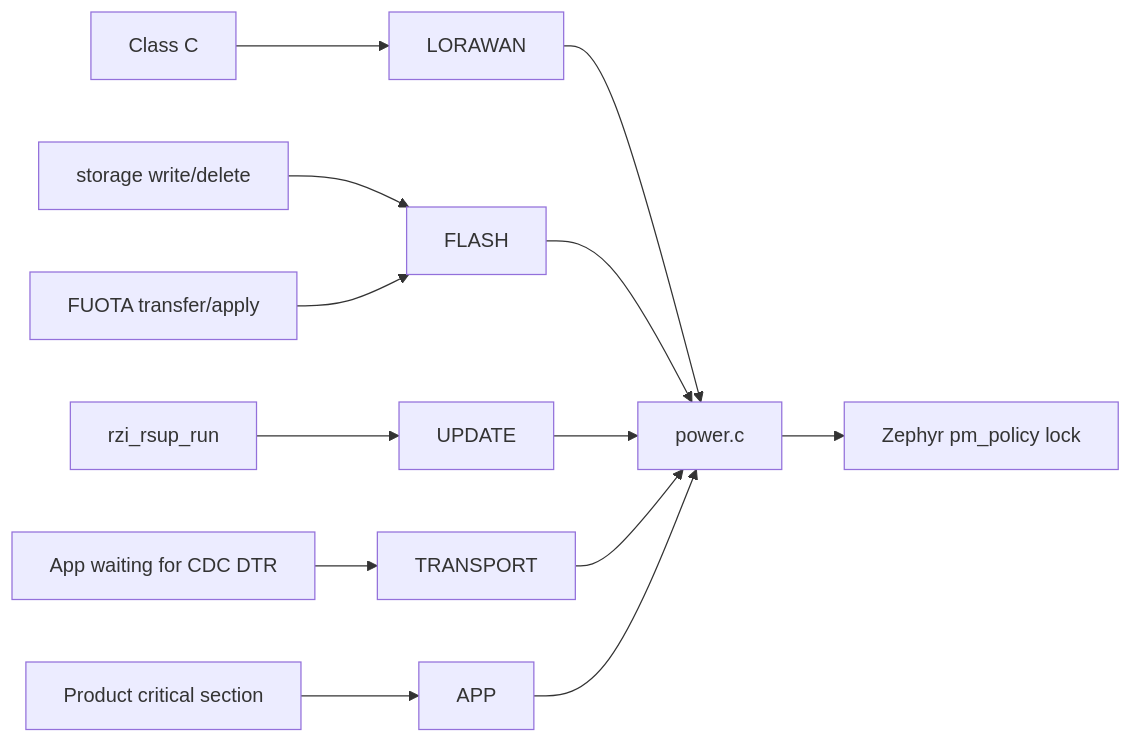
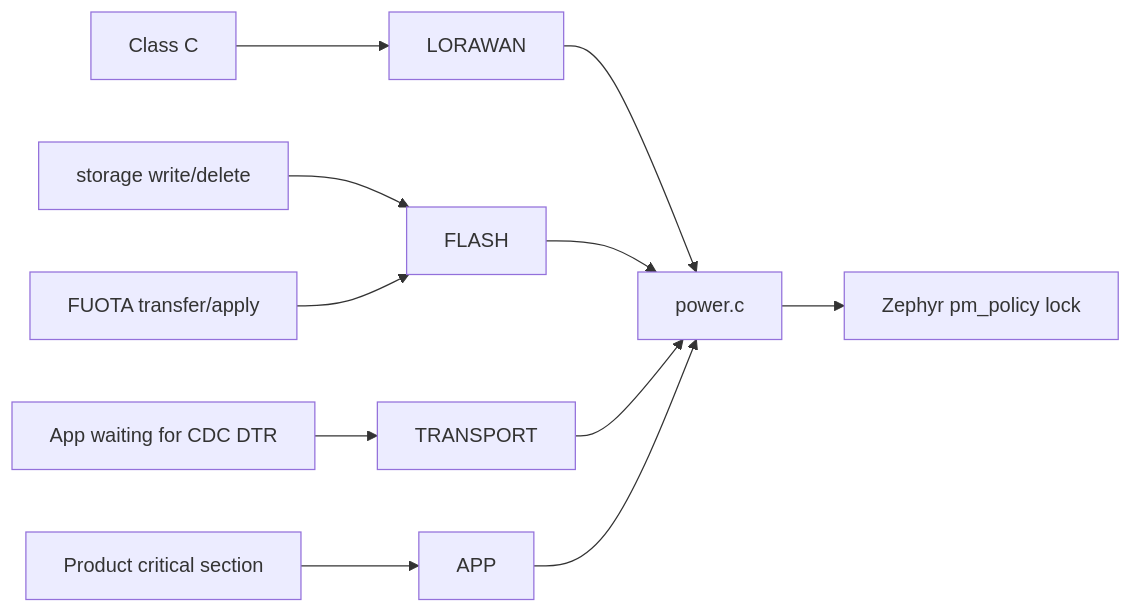
The first of 2 diagrams in doc/power.md (DanielCao0/RZI), drawn with Mermaid before and after one commit. The commit also changed other lines of this file and 138 other files, not shown here.

````diff
--- a/doc/power.md
+++ b/doc/power.md
@@ -121,15 +121,13 @@
 ```mermaid
 flowchart LR
     classc["Class C"] --> LORAWAN
     settings["storage write/delete"] --> FLASH
     fuota["FUOTA transfer/apply"] --> FLASH
-    rsup["rzi_rsup_run"] --> UPDATE
     usb["App waiting for CDC DTR"] --> TRANSPORT
     app["Product critical section"] --> APP
     LORAWAN --> coord[power.c]
     FLASH --> coord
-    UPDATE --> coord
     TRANSPORT --> coord
     APP --> coord
     coord --> lock[Zephyr pm_policy lock]
 ```
````
